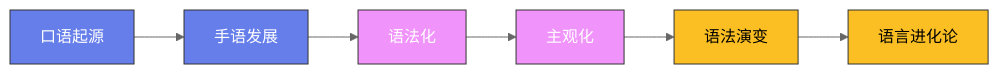
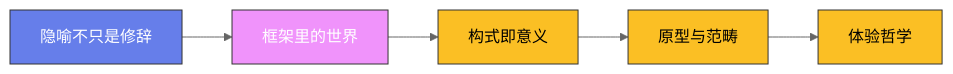
The diagram in content/posts/ModelCreate/语言学/16-认知语言学.md (Fengur/Fengur.github.io), drawn with Mermaid (neutral theme) before and after one commit. The commit also changed other lines of this file and 505 other files, not shown here.

First line of the commit message:
content(blog): ModelCreate 全站质量修复——front matter 补全、占位图修复、事实错误修正、注水文重写

````diff
--- a/content/posts/ModelCreate/语言学/16-认知语言学.md
+++ b/content/posts/ModelCreate/语言学/16-认知语言学.md
@@ -35,16 +38,21 @@
 ```mermaid
 graph LR
-    A["口语起源"] --> B["手语发展"]
-    B --> C["语法化"]
-    C --> D["主观化"]
-    D --> E["语法演变"]
-    E --> F["语言进化论"]
+    A["隐喻不只是修辞"]
+    B["框架里的世界"]
+    C["构式即意义"]
+    D["原型与范畴"]
+    E["体验哲学"]
+
+    A --> B
+    B --> C
+    C --> D
+    D --> E
 
     classDef early fill:#667eea,stroke:#333,color:white
     classDef mid fill:#f093fb,stroke:#333,color:white
     classDef modern fill:#fbbf24,stroke:#333,color:black
 
-    class A,B early
-    class C,D mid
-    class E,F modern
+    class A early
+    class B mid
+    class C,D,E modern
 ```
````
